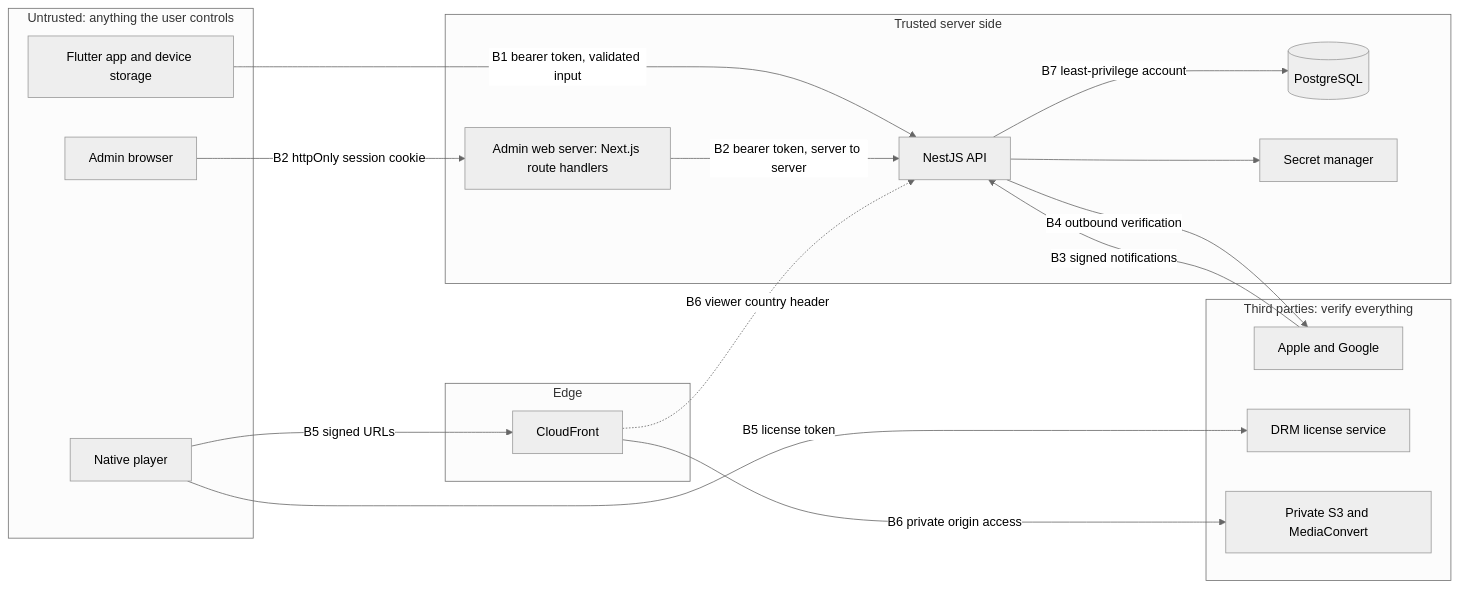
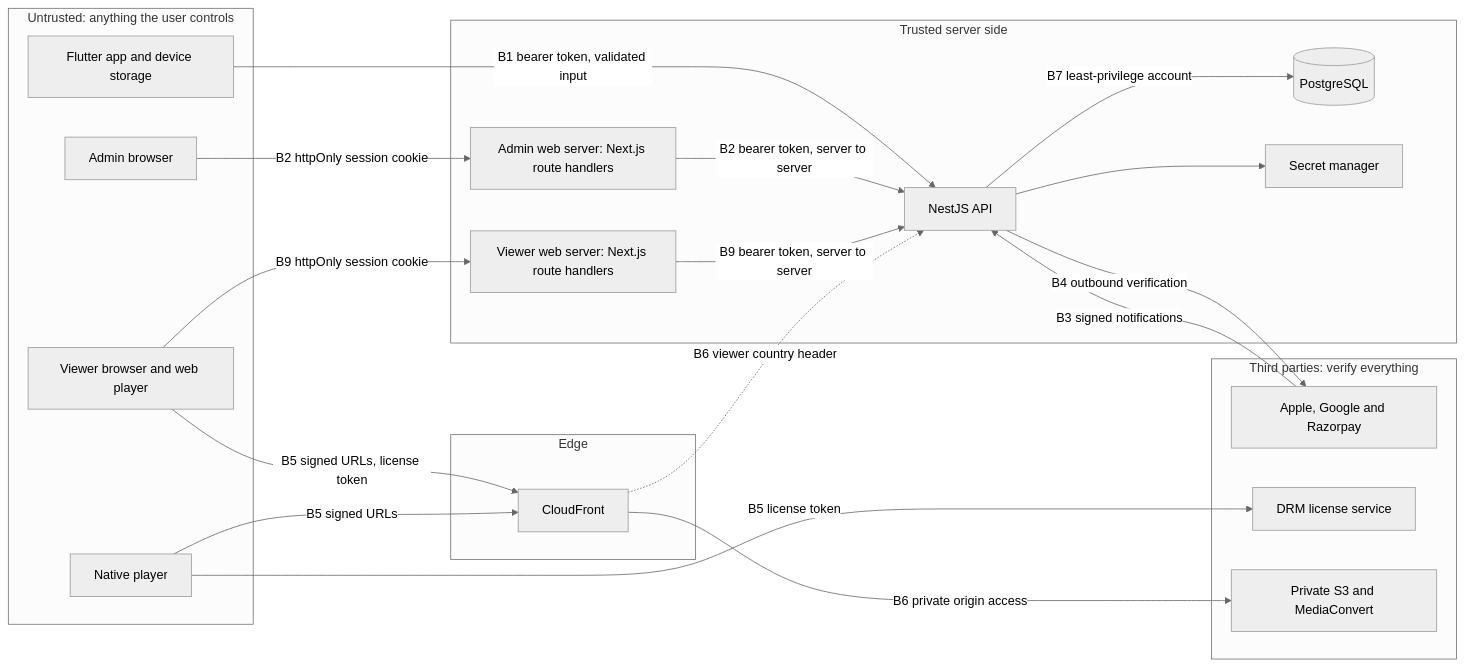
One commit to roadandcode/StreamingApp changed the diagram in docs/security/threat-model.md. Above: the diagram before and after it, drawn with Mermaid (neutral theme). The commit also changed other lines of this file and 3 other files, not shown here.

````diff
--- a/docs/security/threat-model.md
+++ b/docs/security/threat-model.md
@@ -39,37 +39,42 @@
 ```mermaid
 flowchart LR
     subgraph untrusted["Untrusted: anything the user controls"]
         app["Flutter app and device storage"]
         player["Native player"]
         browser["Admin browser"]
+        webviewer["Viewer browser and web player"]
     end
 
     subgraph edge["Edge"]
         cdn["CloudFront"]
     end
 
     subgraph trusted["Trusted server side"]
         adminweb["Admin web server: Next.js route handlers"]
+        viewerweb["Viewer web server: Next.js route handlers"]
         api["NestJS API"]
         db[("PostgreSQL")]
         secrets["Secret manager"]
     end
 
     subgraph third["Third parties: verify everything"]
-        stores["Apple and Google"]
+        stores["Apple, Google and Razorpay"]
         drm["DRM license service"]
         s3["Private S3 and MediaConvert"]
     end
 
     app -->|"B1 bearer token, validated input"| api
     browser -->|"B2 httpOnly session cookie"| adminweb
     adminweb -->|"B2 bearer token, server to server"| api
+    webviewer -->|"B9 httpOnly session cookie"| viewerweb
+    viewerweb -->|"B9 bearer token, server to server"| api
+    webviewer -->|"B5 signed URLs, license token"| cdn
     stores -->|"B3 signed notifications"| api
     api -->|"B4 outbound verification"| stores
     player -->|"B5 signed URLs"| cdn
     player -->|"B5 license token"| drm
     cdn -->|"B6 private origin access"| s3
     cdn -.->|"B6 viewer country header"| api
     api -->|"B7 least-privilege account"| db
     api --> secrets
 ```
````
